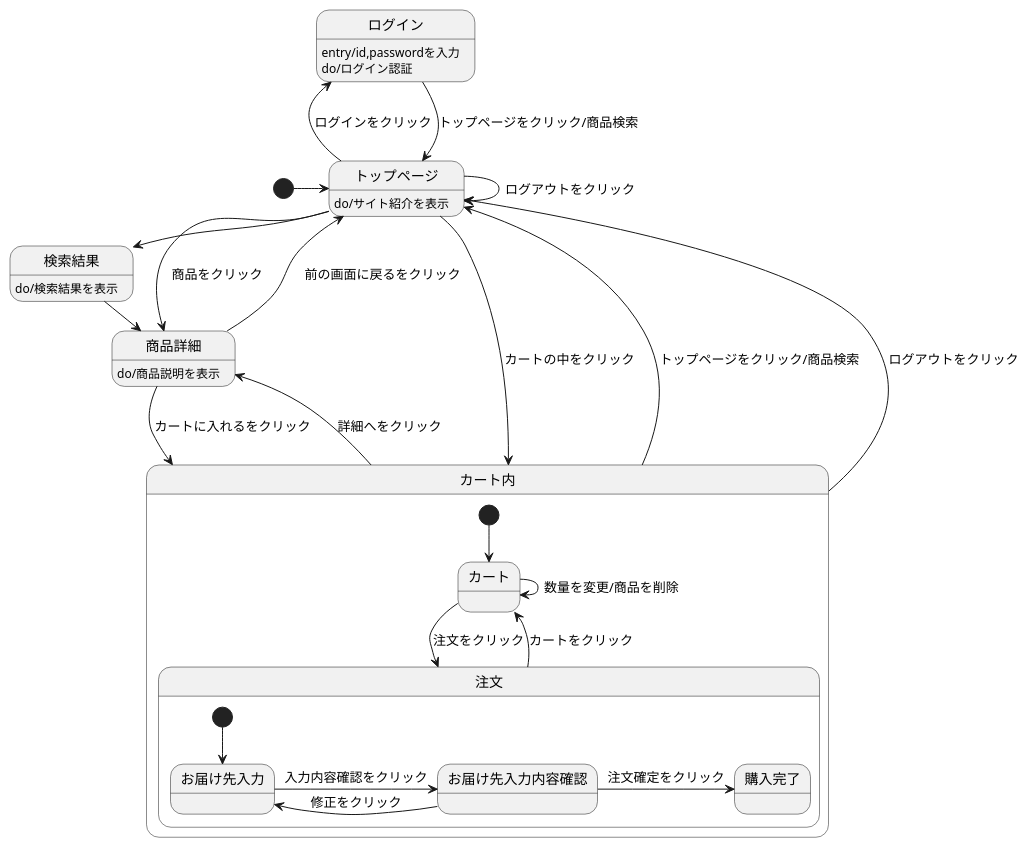
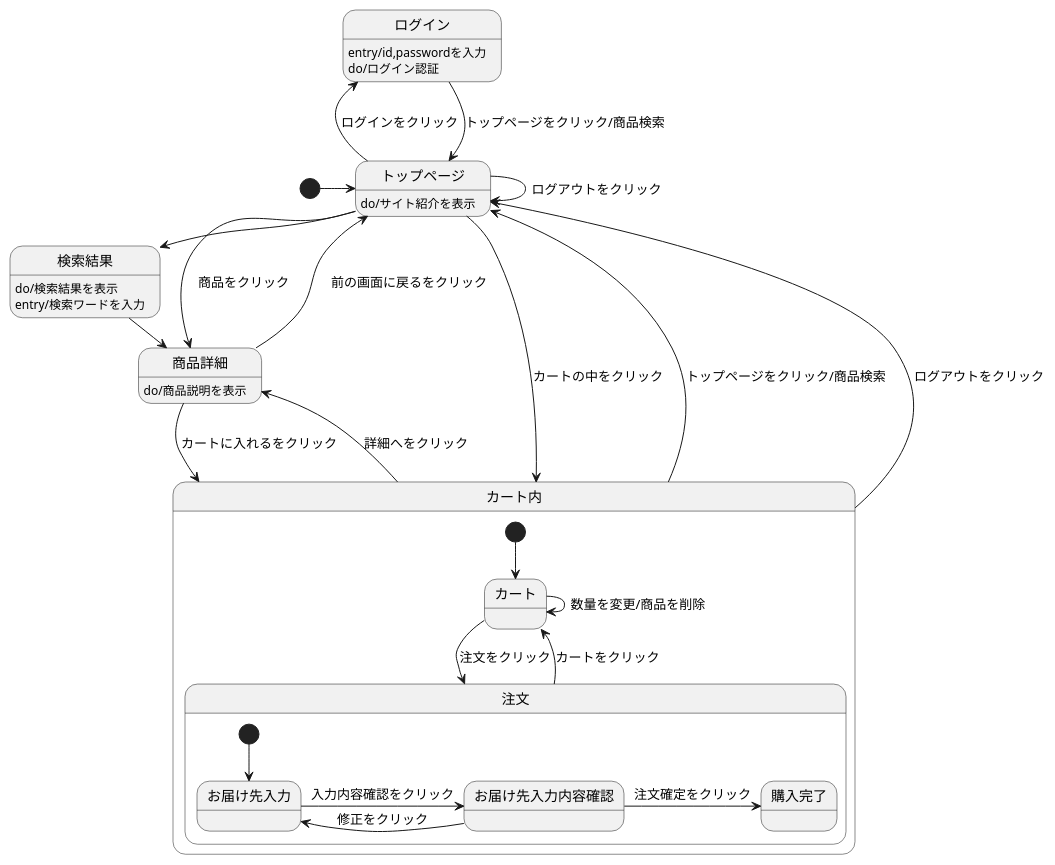
The diagram in src2/md/状態遷移図.md (Aso2001369/2021sys-design), drawn with PlantUML before and after one commit.

````diff
--- a/src2/md/状態遷移図.md
+++ b/src2/md/状態遷移図.md
@@ -1,36 +1,37 @@
 ```uml
 @startuml
 
 [*] -> トップページ
 ログイン --> トップページ : トップページをクリック/商品検索
 ログイン : entry/id,passwordを入力
 ログイン : do/ログイン認証
 トップページ --> トップページ : ログアウトをクリック
 トップページ -> 検索結果 : 商品検索
 トップページ -> 商品詳細 : 商品をクリック
 トップページ -left-> ログイン : ログインをクリック
 トップページ --> カート内 : カートの中をクリック
 トップページ : do/サイト紹介を表示
 検索結果 -> 商品詳細 : 商品をクリック
 検索結果 : do/検索結果を表示
+検索結果 : entry/検索ワードを入力
 商品詳細 --> カート内 : カートに入れるをクリック
 商品詳細 --> トップページ : 前の画面に戻るをクリック
 商品詳細 : do/商品説明を表示
 カート内 -up-> トップページ : トップページをクリック/商品検索
 カート内 -up-> トップページ : ログアウトをクリック
 カート内 -> 商品詳細 : 詳細へをクリック
 
 state カート内 {
   [*] --> カート
   カート -> 注文 : 注文をクリック
   カート -> カート : 数量を変更/商品を削除
   注文 --> カート : カートをクリック
   state 注文 {
     [*] --> お届け先入力
     お届け先入力 -> お届け先入力内容確認 : 入力内容確認をクリック
     お届け先入力内容確認 -> お届け先入力 : 修正をクリック
     お届け先入力内容確認 -> 購入完了 : 注文確定をクリック
   }
  }
 @enduml
 ```
````
